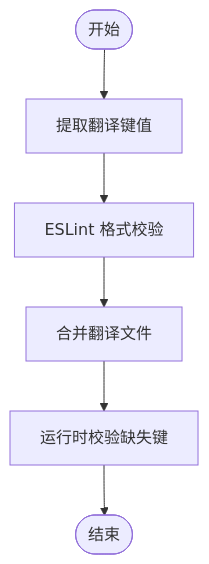
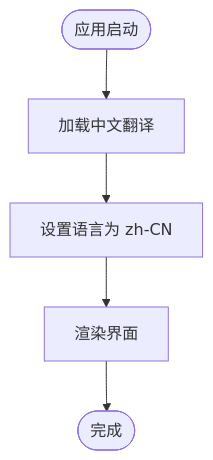
The fourth of 7 diagrams in .qoder/repowiki/zh/content/前端开发/前端开发.md (frankMa-1993/mattermost), drawn with Mermaid before and after one commit. The commit also changed other lines of this file and 24 other files, not shown here.

````diff
--- a/.qoder/repowiki/zh/content/前端开发/前端开发.md
+++ b/.qoder/repowiki/zh/content/前端开发/前端开发.md
@@ -280,8 +274,7 @@
 ```mermaid
 flowchart TD
-Start(["开始"]) --> Extract["提取翻译键值"]
-Extract --> Lint["ESLint 格式校验"]
-Lint --> Merge["合并翻译文件"]
-Merge --> Validate["运行时校验缺失键"]
-Validate --> End(["结束"])
+Start(["应用启动"]) --> LoadChinese["加载中文翻译"]
+LoadChinese --> SetLocale["设置语言为 zh-CN"]
+SetLocale --> Render["渲染界面"]
+Render --> End(["完成"])
 ```
````
